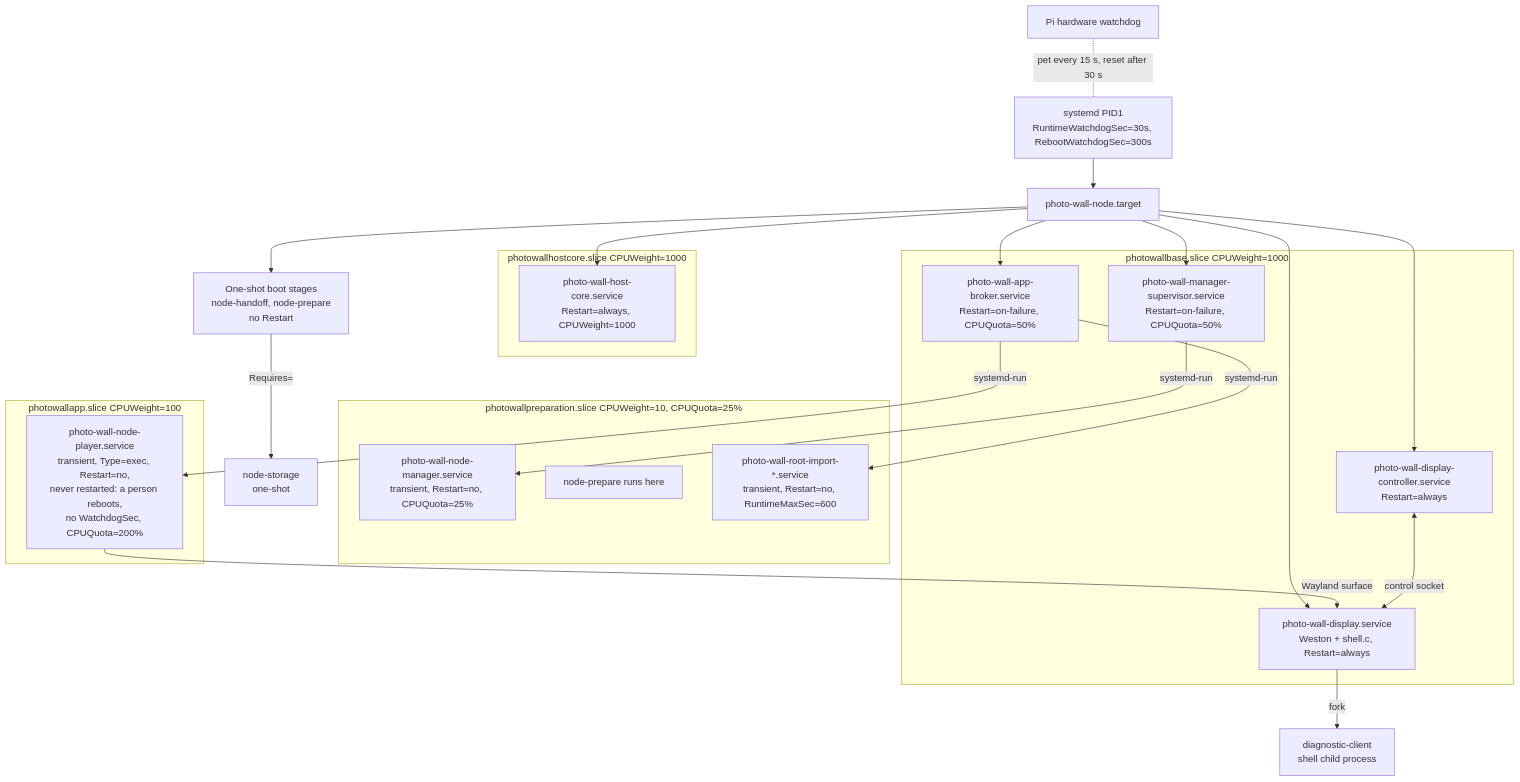
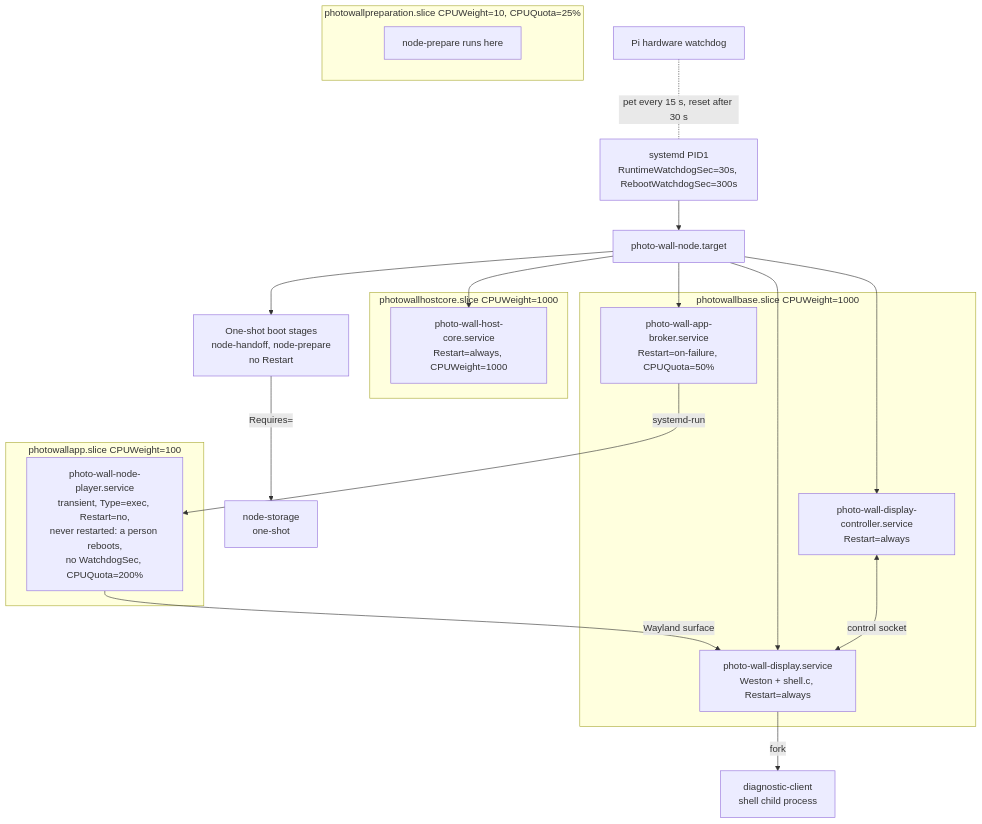
Before and after one commit to mcurcio/photo-wall: the first of 6 diagrams in docs/player-architecture.md, drawn with Mermaid. The commit also changed other lines of this file and 35 other files, not shown here.

````diff
--- a/docs/player-architecture.md
+++ b/docs/player-architecture.md
@@ -32,36 +32,30 @@
 ```mermaid
 flowchart TD
     HW[Pi hardware watchdog] -. pet every 15 s, reset after 30 s .- PID1
     PID1[systemd PID1<br/>RuntimeWatchdogSec=30s, RebootWatchdogSec=300s]
     PID1 --> TGT[photo-wall-node.target]
     TGT --> STG[One-shot boot stages<br/>node-handoff, node-prepare<br/>no Restart]
     STG -- Requires= --> STO[node-storage<br/>one-shot]
     subgraph HCS[photowallhostcore.slice CPUWeight=1000]
         HC[photo-wall-host-core.service<br/>Restart=always, CPUWeight=1000]
     end
     subgraph BASE[photowallbase.slice CPUWeight=1000]
         BR[photo-wall-app-broker.service<br/>Restart=on-failure, CPUQuota=50%]
-        MS[photo-wall-manager-supervisor.service<br/>Restart=on-failure, CPUQuota=50%]
         WS[photo-wall-display.service<br/>Weston + shell.c, Restart=always]
         DC[photo-wall-display-controller.service<br/>Restart=always]
     end
     subgraph PREP[photowallpreparation.slice CPUWeight=10, CPUQuota=25%]
-        MGR[photo-wall-node-manager.service<br/>transient, Restart=no, CPUQuota=25%]
         STGP[node-prepare runs here]
-        IMP[photo-wall-root-import-*.service<br/>transient, Restart=no, RuntimeMaxSec=600]
     end
     subgraph APP[photowallapp.slice CPUWeight=100]
         PL[photo-wall-node-player.service<br/>transient, Type=exec, Restart=no,<br/>never restarted: a person reboots,<br/>no WatchdogSec, CPUQuota=200%]
     end
     TGT --> HC
     TGT --> BR
-    TGT --> MS
     TGT --> WS
     TGT --> DC
-    MS -- systemd-run --> MGR
     BR -- systemd-run --> PL
-    BR -- systemd-run --> IMP
     WS -- fork --> DGC[diagnostic-client<br/>shell child process]
     PL -- Wayland surface --> WS
     DC <-->|control socket| WS
 ```
````
